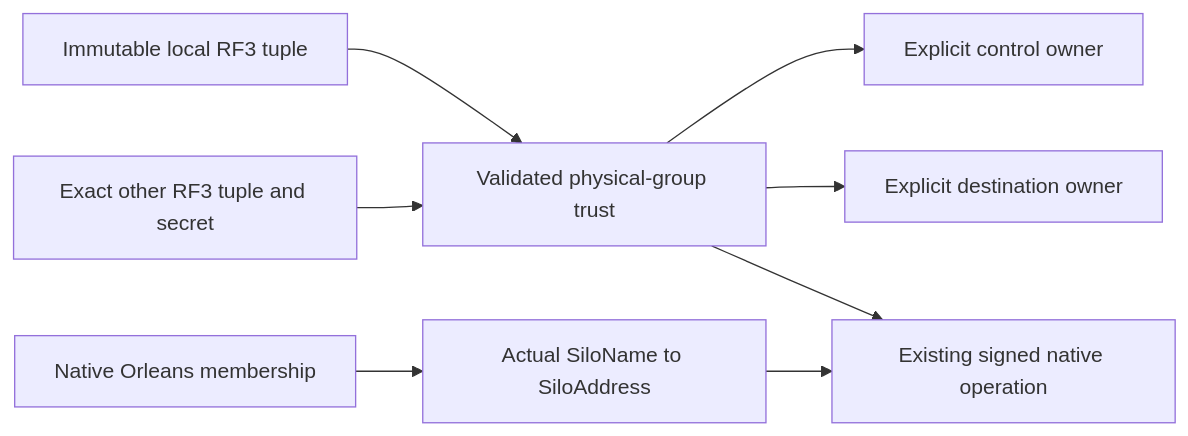
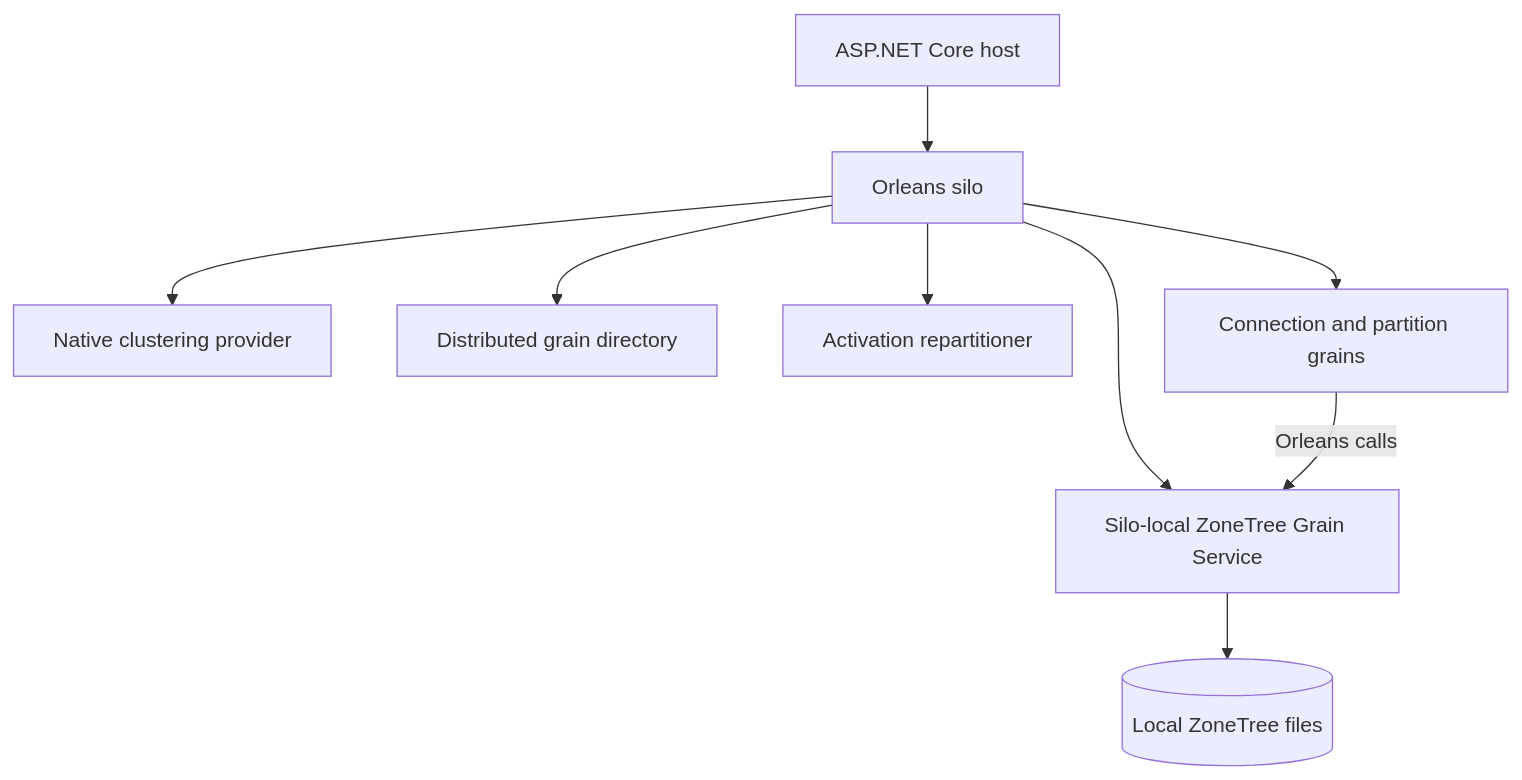
Before and after one commit to managedcode/KeyLoad: the diagram in docs/ADR/ADR-036-orleans-foundation.md, drawn with Mermaid. The commit also changed other lines of this file and 271 other files, not shown here.

````diff
--- a/docs/ADR/ADR-036-orleans-foundation.md
+++ b/docs/ADR/ADR-036-orleans-foundation.md
@@ -132,10 +20,11 @@
 ```mermaid
-flowchart LR
-    Local[Immutable local RF3 tuple] --> Trust[Validated physical-group trust]
-    Foreign[Exact other RF3 tuple and secret] --> Trust
-    Trust --> Control[Explicit control owner]
-    Trust --> Destination[Explicit destination owner]
-    Native[Native Orleans membership] --> Address[Actual SiloName to SiloAddress]
-    Address --> Call[Existing signed native operation]
-    Trust --> Call
+flowchart TD
+    Host[ASP.NET Core host] --> Silo[Orleans silo]
+    Silo --> Membership[Native clustering provider]
+    Silo --> Directory[Distributed grain directory]
+    Silo --> Repartitioner[Activation repartitioner]
+    Silo --> Service[Silo-local ZoneTree Grain Service]
+    Silo --> Grains[Connection and partition grains]
+    Grains -->|Orleans calls| Service
+    Service --> Files[(Local ZoneTree files)]
 ```
````
